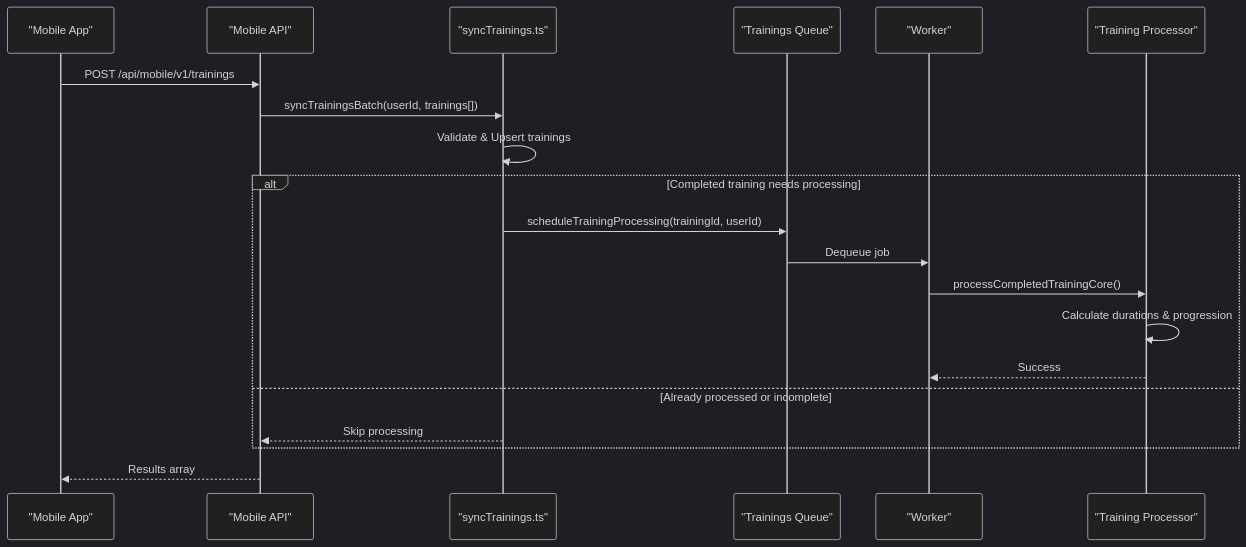
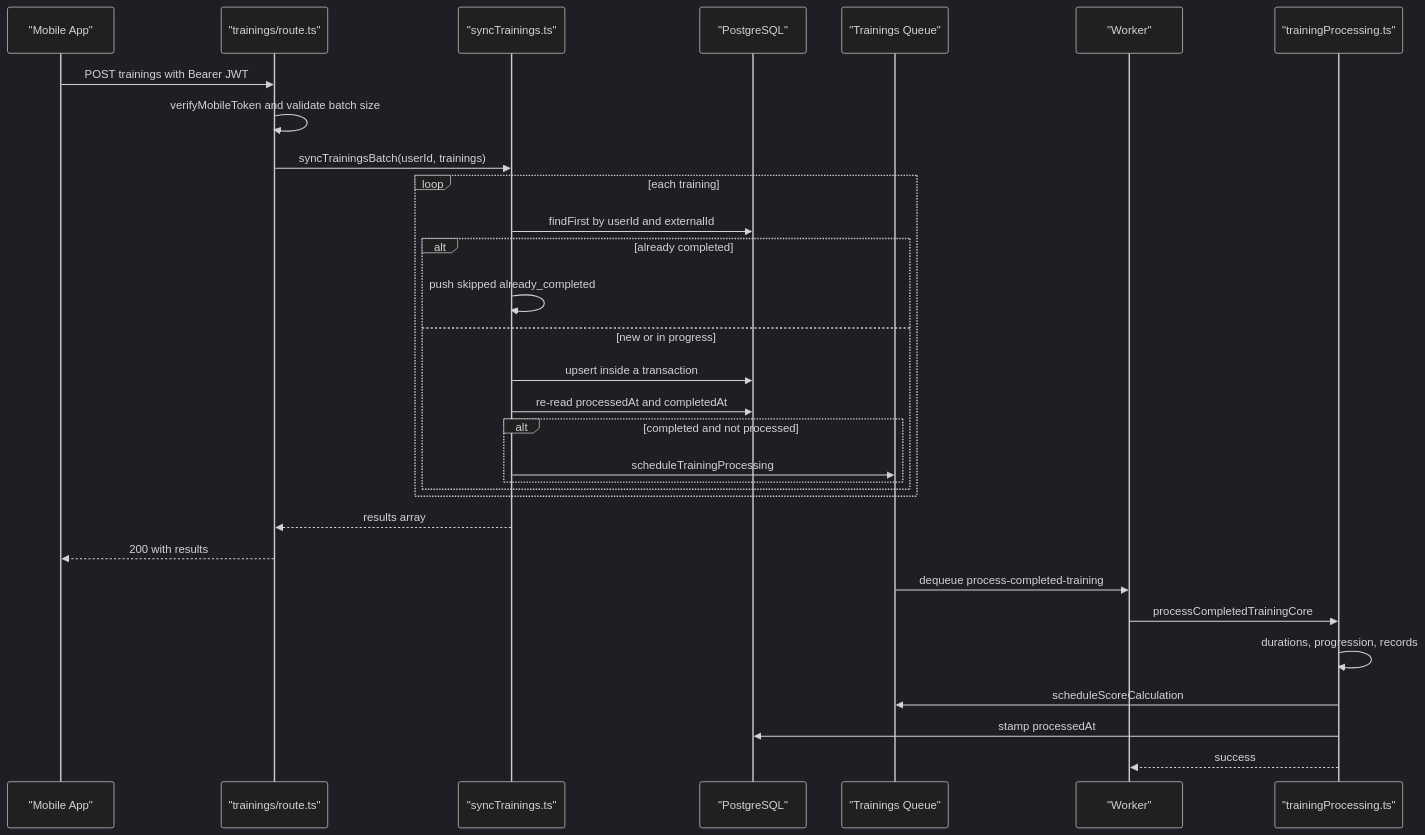
One commit to Dezzpil/meingym changed the eighth of 9 diagrams in .qoder/repowiki/en/content/Background Job System.md. Above: the diagram before and after it, drawn with Mermaid (dark theme). The commit also changed other lines of this file and 12 other files, not shown here.

````diff
--- a/.qoder/repowiki/en/content/Background Job System.md
+++ b/.qoder/repowiki/en/content/Background Job System.md
@@ -341,22 +451,33 @@
 ```mermaid
 sequenceDiagram
 participant Mobile as "Mobile App"
-participant API as "Mobile API"
+participant API as "trainings/route.ts"
 participant Sync as "syncTrainings.ts"
+participant DB as "PostgreSQL"
 participant Queue as "Trainings Queue"
 participant Worker as "Worker"
-participant Processor as "Training Processor"
-Mobile->>API : POST /api/mobile/v1/trainings
-API->>Sync : syncTrainingsBatch(userId, trainings[])
-Sync->>Sync : Validate & Upsert trainings
-alt Completed training needs processing
-Sync->>Queue : scheduleTrainingProcessing(trainingId, userId)
-Queue->>Worker : Dequeue job
-Worker->>Processor : processCompletedTrainingCore()
-Processor->>Processor : Calculate durations & progression
-Processor-->>Worker : Success
-else Already processed or incomplete
-Sync-->>API : Skip processing
+participant Core as "trainingProcessing.ts"
+Mobile->>API : POST trainings with Bearer JWT
+API->>API : verifyMobileToken and validate batch size
+API->>Sync : syncTrainingsBatch(userId, trainings)
+loop each training
+Sync->>DB : findFirst by userId and externalId
+alt already completed
+Sync->>Sync : push skipped already_completed
+else new or in progress
+Sync->>DB : upsert inside a transaction
+Sync->>DB : re-read processedAt and completedAt
+alt completed and not processed
+Sync->>Queue : scheduleTrainingProcessing
 end
-API-->>Mobile : Results array
+end
+end
+Sync-->>API : results array
+API-->>Mobile : 200 with results
+Queue->>Worker : dequeue process-completed-training
+Worker->>Core : processCompletedTrainingCore
+Core->>Core : durations, progression, records
+Core->>Queue : scheduleScoreCalculation
+Core->>DB : stamp processedAt
+Core-->>Worker : success
 ```
````
